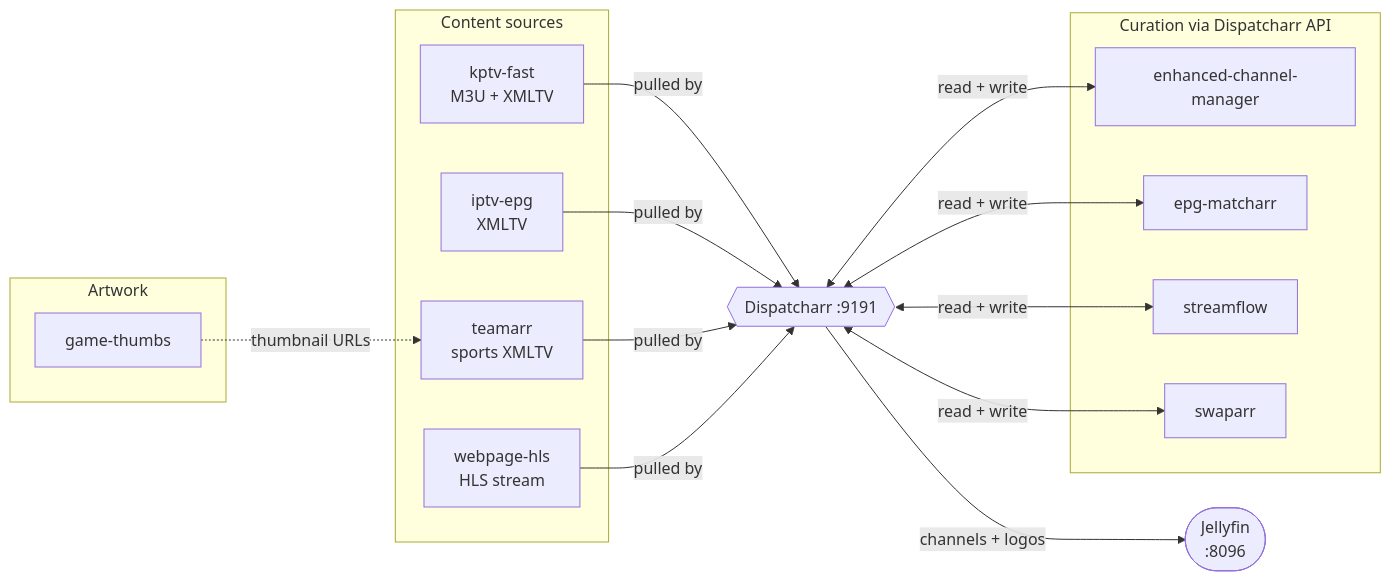
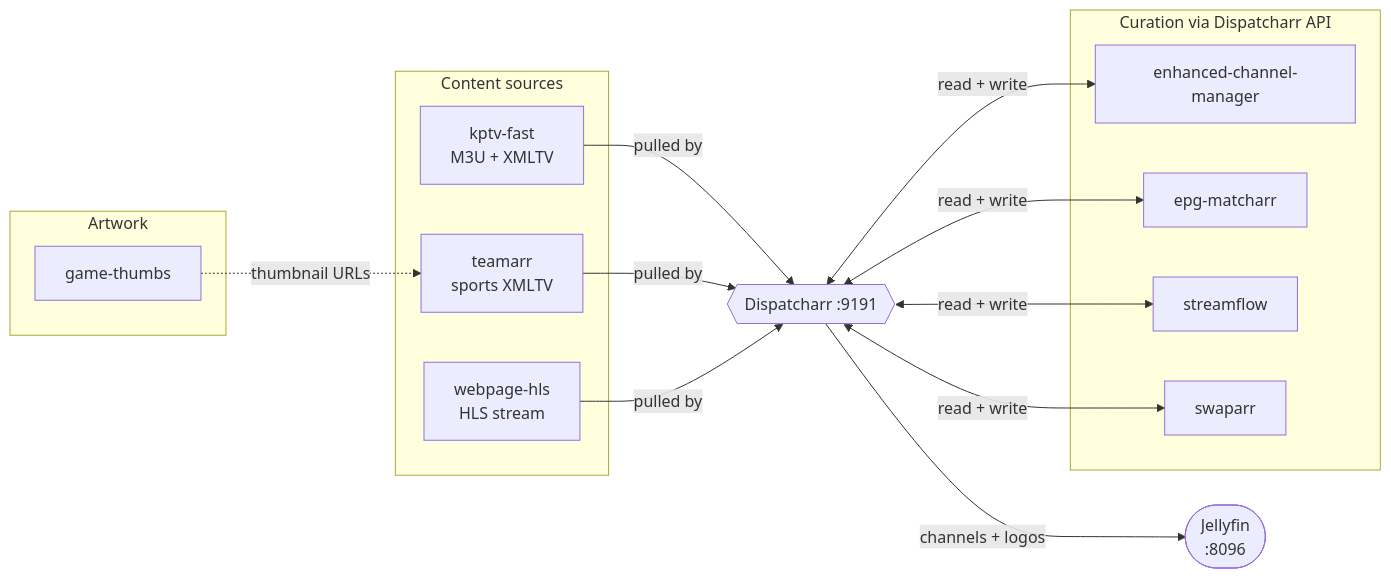
The diagram in kubernetes/apps/media/dispatcharr/tools/README.md (ewatkins/talos-cluster), drawn with Mermaid before and after one commit. The commit also changed other lines of this file and 5 other files, not shown here.

First line of the commit message:
feat(dispatcharr): remove iptv-epg

````diff
--- a/kubernetes/apps/media/dispatcharr/tools/README.md
+++ b/kubernetes/apps/media/dispatcharr/tools/README.md
@@ -31,29 +31,28 @@
 ```mermaid
 flowchart LR
     subgraph SRC["Content sources"]
         KPTV["kptv-fast<br/>M3U + XMLTV"]
-        IPTV["iptv-epg<br/>XMLTV"]
         TEAM["teamarr<br/>sports XMLTV"]
         HLS["webpage-hls<br/>HLS stream"]
     end
 
     DISP{{"Dispatcharr :9191"}}
 
     subgraph CUR["Curation via Dispatcharr API"]
         ECM["enhanced-channel-manager"]
         MATCH["epg-matcharr"]
         FLOW["streamflow"]
         SWAP["swaparr"]
     end
 
     subgraph ART["Artwork"]
         THUMB["game-thumbs"]
     end
 
     JELLY(["Jellyfin<br/>:8096"])
 
-    KPTV & IPTV & TEAM & HLS -->|pulled by| DISP
+    KPTV & TEAM & HLS -->|pulled by| DISP
     DISP <-->|read + write| ECM & MATCH & FLOW & SWAP
     THUMB -.->|thumbnail URLs| TEAM
     DISP -->|channels + logos| JELLY
 ```
````
